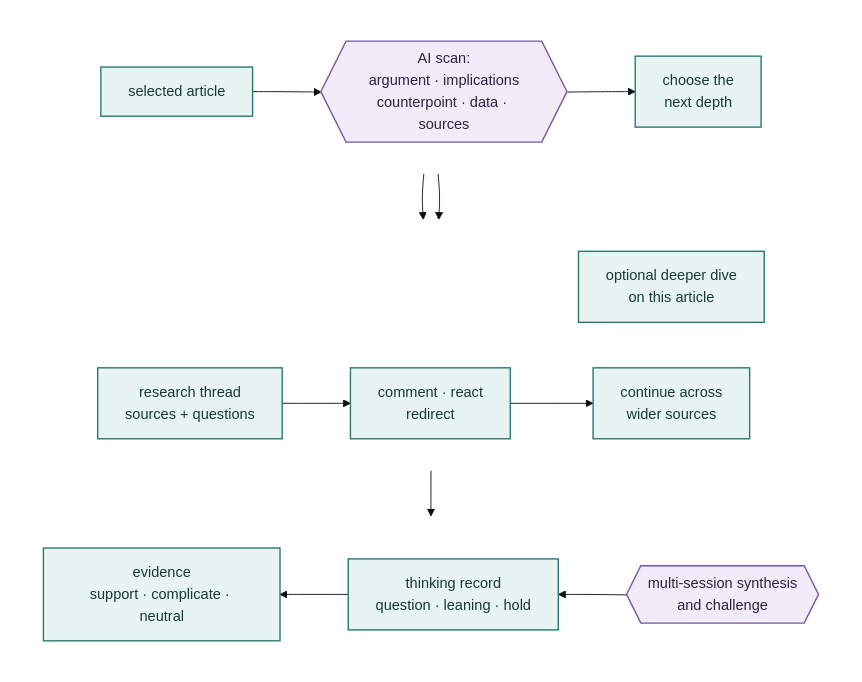
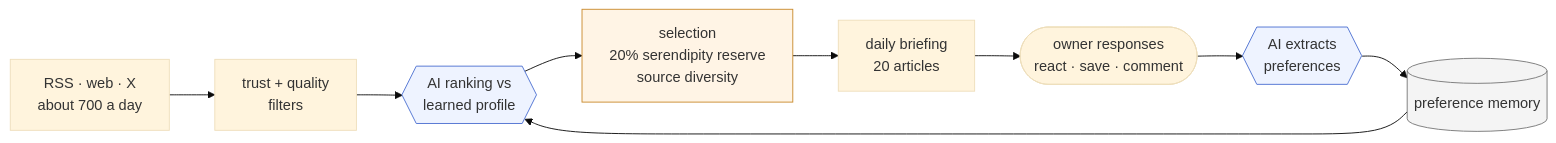
The fifth of 7 diagrams in README.md (robertvanstedum/personal-ai-agents), drawn with Mermaid (base theme) before and after one commit. The commit also changed other lines of this file and 9 other files, not shown here.

First line of the commit message:
Key docs for mini-moi 1.2 beta: README, ARCHITECTURE and a terms appendix

````diff
--- a/README.md
+++ b/README.md
@@ -122,33 +256,13 @@
 ```mermaid
-flowchart TB
-    subgraph TOP[" "]
-        direction LR
-        A[selected article] --> S{{AI scan:<br/>argument · implications<br/>counterpoint · data · sources}}
-        S --> N[choose the<br/>next depth]
-    end
-
-    subgraph PATHS[" "]
-        direction LR
-        O[optional deeper dive<br/>on this article]
-        T[research thread<br/>sources + questions] --> R[comment · react<br/>redirect]
-        R --> W[continue across<br/>wider sources]
-    end
-
-    subgraph RECORD[" "]
-        direction RL
-        DD{{multi-session synthesis<br/>and challenge}} --> L[thinking record<br/>question · leaning · hold]
-        L --> E[evidence<br/>support · complicate · neutral]
-    end
-
-    N --> O
-    N --> T
-    W --> DD
-
-    classDef curator fill:#E7F4F1,stroke:#25776F,color:#173A36,stroke-width:1.5px
-    classDef ai fill:#F2ECFA,stroke:#7655A6,color:#30223F,stroke-width:1.5px
-    class A,N,O,T,R,W,L,E curator
-    class S,DD ai
-    style TOP fill:transparent,stroke:transparent
-    style PATHS fill:transparent,stroke:transparent
-    style RECORD fill:transparent,stroke:transparent
+flowchart LR
+    A[RSS · web · X<br/>about 700 a day] --> B[trust + quality<br/>filters] --> C{{AI ranking vs<br/>learned profile}}
+    C --> S[selection<br/>20% serendipity reserve<br/>source diversity] --> D[daily briefing<br/>20 articles]
+    D --> E([owner responses<br/>react · save · comment])
+    E --> F{{AI extracts<br/>preferences}} --> G[(preference memory)] --> C
+    class C,F ai
+    class G store
+    class S wide
+    classDef ai fill:#eef3ff,stroke:#4a6fd1
+    classDef store fill:#f4f4f4,stroke:#777
+    classDef wide fill:#fff4e5,stroke:#c98a2b
 ```
````
